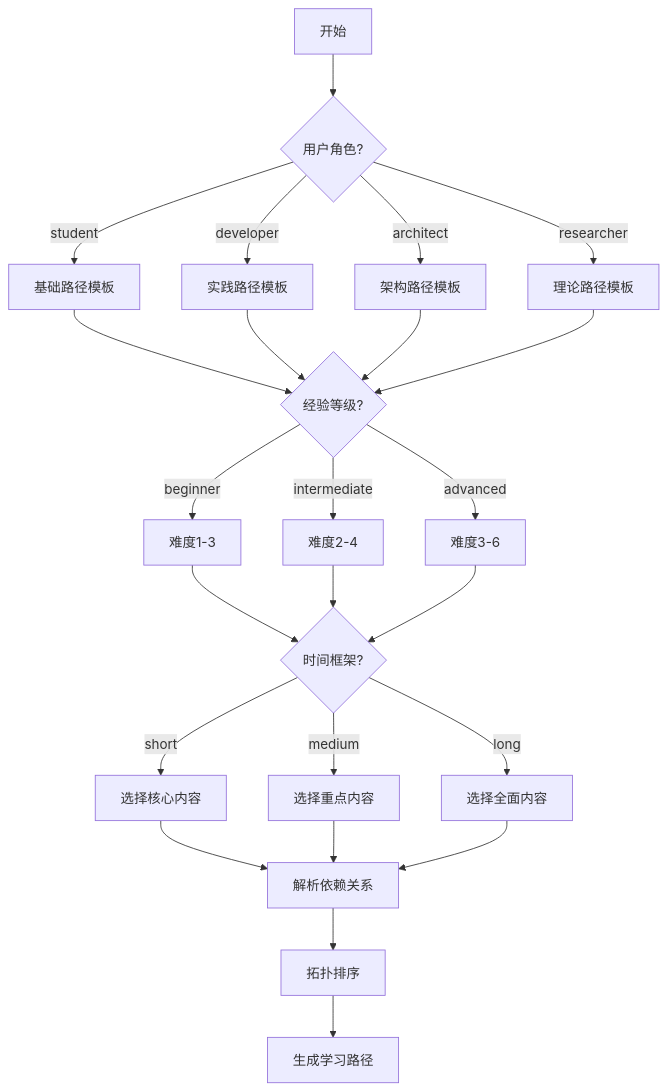
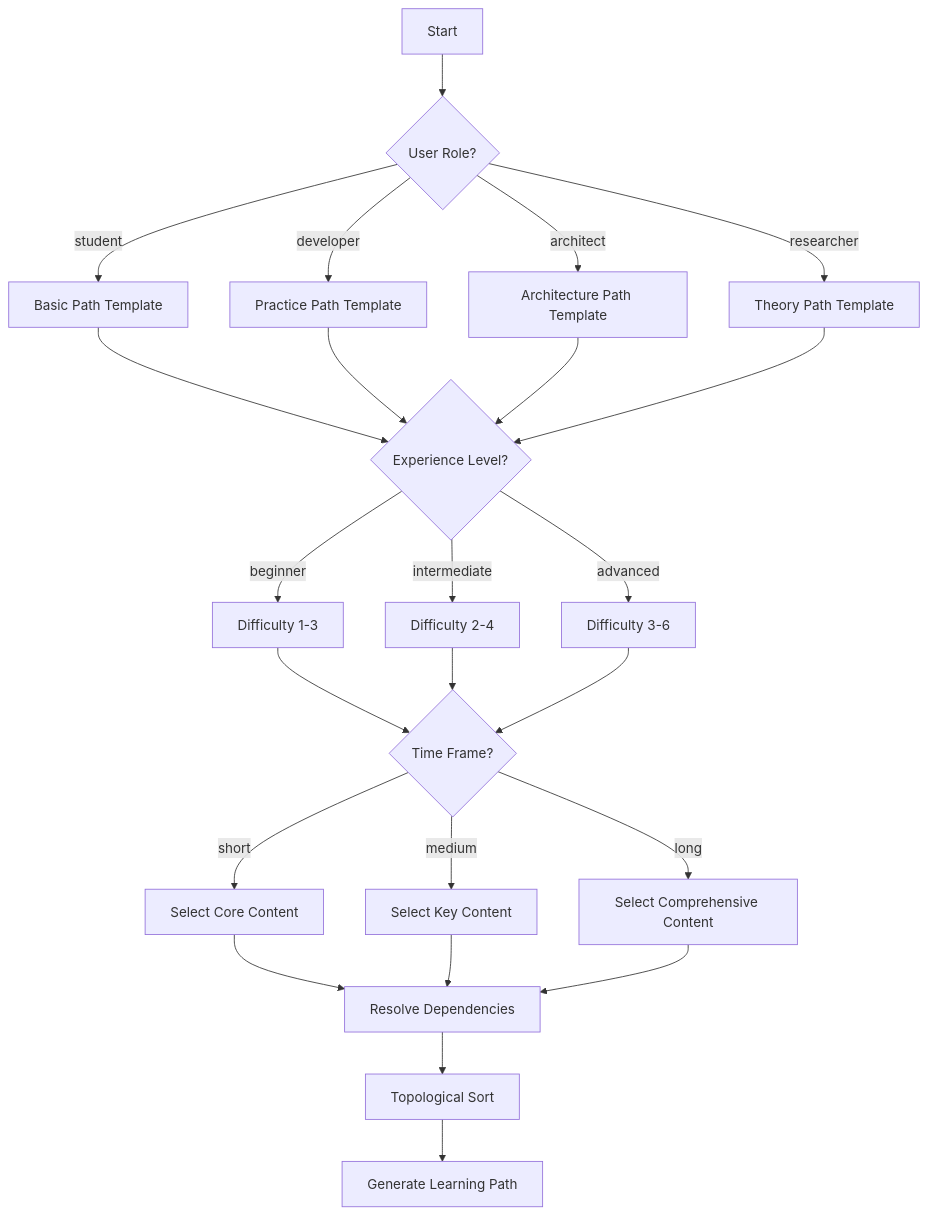
The third of 3 diagrams in i18n/en/Knowledge/learning-path-recommender.md (AdaMartin18010/AnalysisDataFlow), drawn with Mermaid before and after one commit. The commit also changed other lines of this file and 96 other files, not shown here.

````diff
--- a/i18n/en/Knowledge/learning-path-recommender.md
+++ b/i18n/en/Knowledge/learning-path-recommender.md
@@ -293,32 +284,32 @@
 ```mermaid
 flowchart TD
-    A[开始] --> B{用户角色?}
-    B -->|student| C[基础路径模板]
-    B -->|developer| D[实践路径模板]
-    B -->|architect| E[架构路径模板]
-    B -->|researcher| F[理论路径模板]
+    A[Start] --> B{User Role?}
+    B -->|student| C[Basic Path Template]
+    B -->|developer| D[Practice Path Template]
+    B -->|architect| E[Architecture Path Template]
+    B -->|researcher| F[Theory Path Template]
 
-    C --> G{经验等级?}
+    C --> G{Experience Level?}
     D --> G
     E --> G
     F --> G
 
-    G -->|beginner| H[难度1-3]
-    G -->|intermediate| I[难度2-4]
-    G -->|advanced| J[难度3-6]
+    G -->|beginner| H[Difficulty 1-3]
+    G -->|intermediate| I[Difficulty 2-4]
+    G -->|advanced| J[Difficulty 3-6]
 
-    H --> K{时间框架?}
+    H --> K{Time Frame?}
     I --> K
     J --> K
 
-    K -->|short| L[选择核心内容]
-    K -->|medium| M[选择重点内容]
-    K -->|long| N[选择全面内容]
+    K -->|short| L[Select Core Content]
+    K -->|medium| M[Select Key Content]
+    K -->|long| N[Select Comprehensive Content]
 
-    L --> O[解析依赖关系]
+    L --> O[Resolve Dependencies]
     M --> O
     N --> O
 
-    O --> P[拓扑排序]
-    P --> Q[生成学习路径]
+    O --> P[Topological Sort]
+    P --> Q[Generate Learning Path]
 ```
````
